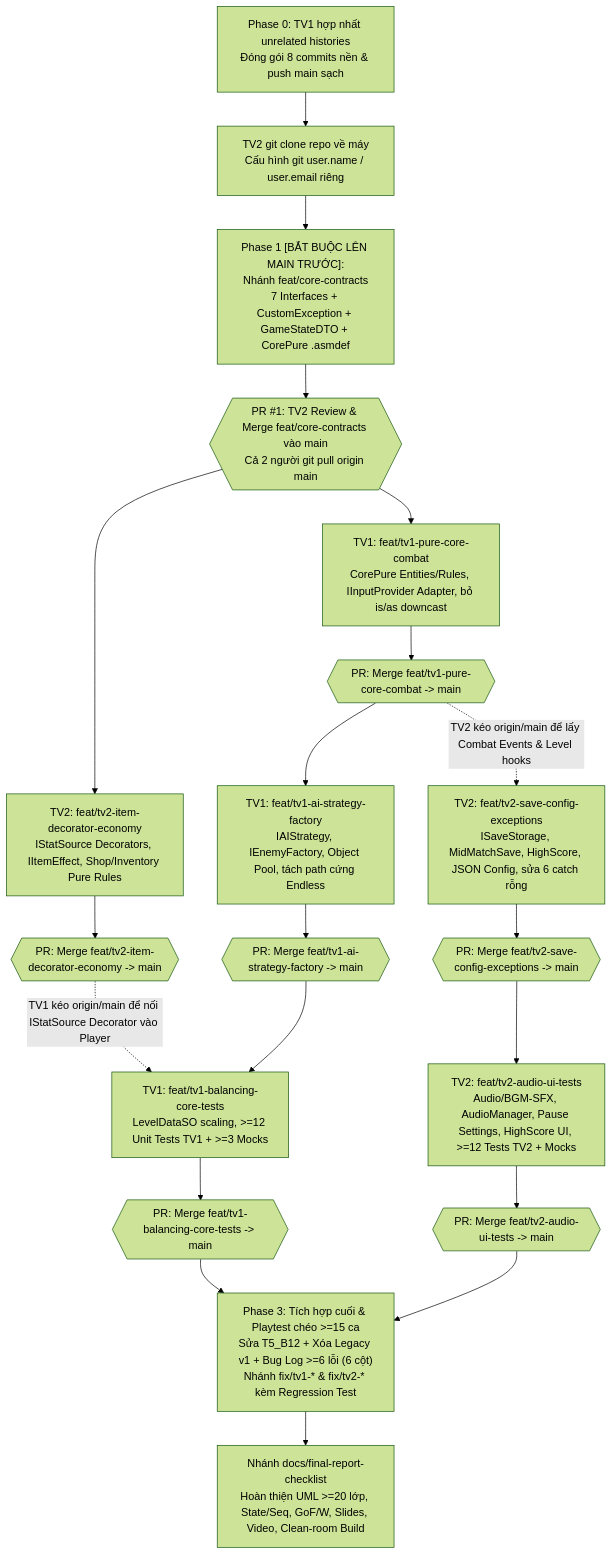
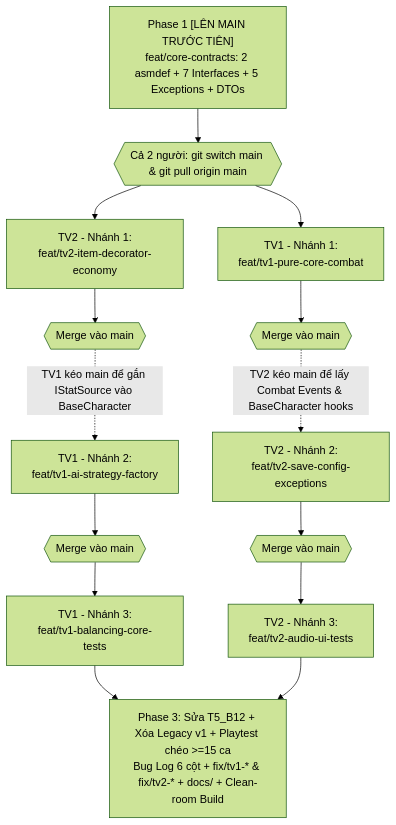
Before and after one commit to tienanh2701/Stickman-game-project: the diagram in docs/HUONG_DAN_PHAN_CONG_VA_GIT.md, drawn with Mermaid (forest theme). The commit also changed other lines of this file and 60 other files, not shown here.

Commit message:
feat(contracts): add CorePure asmdef, 7 DIP interfaces, exceptions and GameStateDTO

````diff
--- a/docs/HUONG_DAN_PHAN_CONG_VA_GIT.md
+++ b/docs/HUONG_DAN_PHAN_CONG_VA_GIT.md
@@ -148,29 +179,22 @@
 ```mermaid
 flowchart TD
-    P0["Phase 0: TV1 hợp nhất unrelated histories<br/>Đóng gói 8 commits nền & push main sạch"] --> CLONE["TV2 git clone repo về máy<br/>Cấu hình git user.name / user.email riêng"]
-    CLONE --> P1["Phase 1 [BẮT BUỘC LÊN MAIN TRƯỚC]:<br/>Nhánh feat/core-contracts<br/>7 Interfaces + CustomException + GameStateDTO + CorePure .asmdef"]
-    P1 --> SYNC1{{"PR #1: TV2 Review & Merge feat/core-contracts vào main<br/>Cả 2 người git pull origin main"}}
+    P1["Phase 1 [LÊN MAIN TRƯỚC TIÊN]<br/>feat/core-contracts: 2 asmdef + 7 Interfaces + 5 Exceptions + DTOs"] --> S1{{"Cả 2 người: git switch main & git pull origin main"}}
 
-    SYNC1 --> T1_1["TV1: feat/tv1-pure-core-combat<br/>CorePure Entities/Rules, IInputProvider Adapter, bỏ is/as downcast"]
-    SYNC1 --> T2_1["TV2: feat/tv2-item-decorator-economy<br/>IStatSource Decorators, IItemEffect, Shop/Inventory Pure Rules"]
+    S1 --> B1_1["TV1 - Nhánh 1:<br/>feat/tv1-pure-core-combat"]
+    S1 --> B1_2["TV2 - Nhánh 1:<br/>feat/tv2-item-decorator-economy"]
 
-    T1_1 --> M_T1_1{{"PR: Merge feat/tv1-pure-core-combat -> main"}}
-    T2_1 --> M_T2_1{{"PR: Merge feat/tv2-item-decorator-economy -> main"}}
+    B1_1 --> M1{{"Merge vào main"}}
+    B1_2 --> M2{{"Merge vào main"}}
 
-    M_T1_1 --> T1_2["TV1: feat/tv1-ai-strategy-factory<br/>IAIStrategy, IEnemyFactory, Object Pool, tách path cứng Endless"]
-    M_T1_1 -.->|"TV2 kéo origin/main để lấy Combat Events & Level hooks"| T2_2["TV2: feat/tv2-save-config-exceptions<br/>ISaveStorage, MidMatchSave, HighScore, JSON Config, sửa 6 catch rỗng"]
+    M1 -.->|"TV2 kéo main để lấy Combat Events & BaseCharacter hooks"| B2_2["TV2 - Nhánh 2:<br/>feat/tv2-save-config-exceptions"]
+    M2 -.->|"TV1 kéo main để gắn IStatSource vào BaseCharacter"| B2_1["TV1 - Nhánh 2:<br/>feat/tv1-ai-strategy-factory"]
 
-    M_T2_1 -.->|"TV1 kéo origin/main để nối IStatSource Decorator vào Player"| T1_3["TV1: feat/tv1-balancing-core-tests<br/>LevelDataSO scaling, >=12 Unit Tests TV1 + >=3 Mocks"]
-    T2_2 --> M_T2_2{{"PR: Merge feat/tv2-save-config-exceptions -> main"}}
-    T1_2 --> M_T1_2{{"PR: Merge feat/tv1-ai-strategy-factory -> main"}}
+    B2_1 --> M3{{"Merge vào main"}}
+    B2_2 --> M4{{"Merge vào main"}}
 
-    M_T1_2 --> T1_3
-    M_T2_2 --> T2_3["TV2: feat/tv2-audio-ui-tests<br/>Audio/BGM-SFX, AudioManager, Pause Settings, HighScore UI, >=12 Tests TV2 + Mocks"]
+    M3 --> B3_1["TV1 - Nhánh 3:<br/>feat/tv1-balancing-core-tests"]
+    M4 --> B3_2["TV2 - Nhánh 3:<br/>feat/tv2-audio-ui-tests"]
 
-    T1_3 --> M_T1_3{{"PR: Merge feat/tv1-balancing-core-tests -> main"}}
-    T2_3 --> M_T2_3{{"PR: Merge feat/tv2-audio-ui-tests -> main"}}
-
-    M_T1_3 --> P3["Phase 3: Tích hợp cuối & Playtest chéo >=15 ca<br/>Sửa T5_B12 + Xóa Legacy v1 + Bug Log >=6 lỗi (6 cột)<br/>Nhánh fix/tv1-* & fix/tv2-* kèm Regression Test"]
-    M_T2_3 --> P3
-    P3 --> DOC["Nhánh docs/final-report-checklist<br/>Hoàn thiện UML >=20 lớp, State/Seq, GoF/W, Slides, Video, Clean-room Build"]
+    B3_1 --> P3["Phase 3: Sửa T5_B12 + Xóa Legacy v1 + Playtest chéo >=15 ca<br/>Bug Log 6 cột + fix/tv1-* & fix/tv2-* + docs/ + Clean-room Build"]
+    B3_2 --> P3
 ```
````
